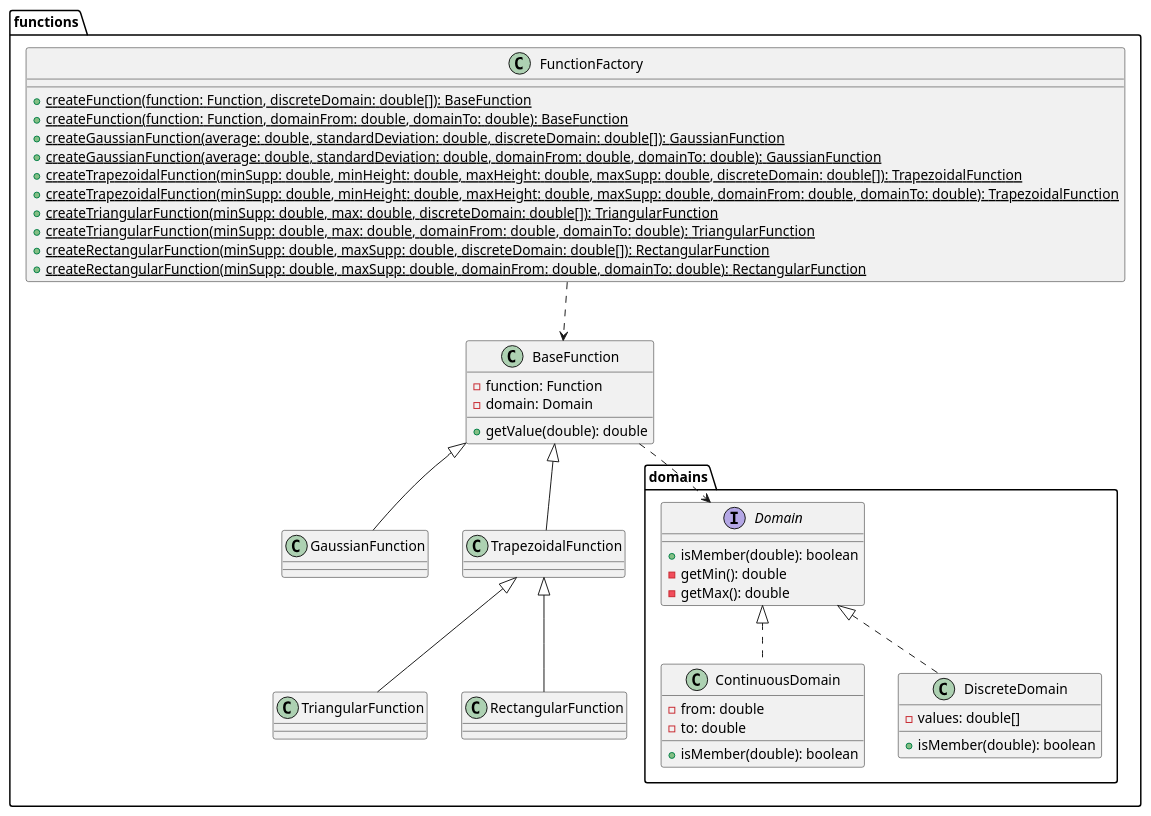
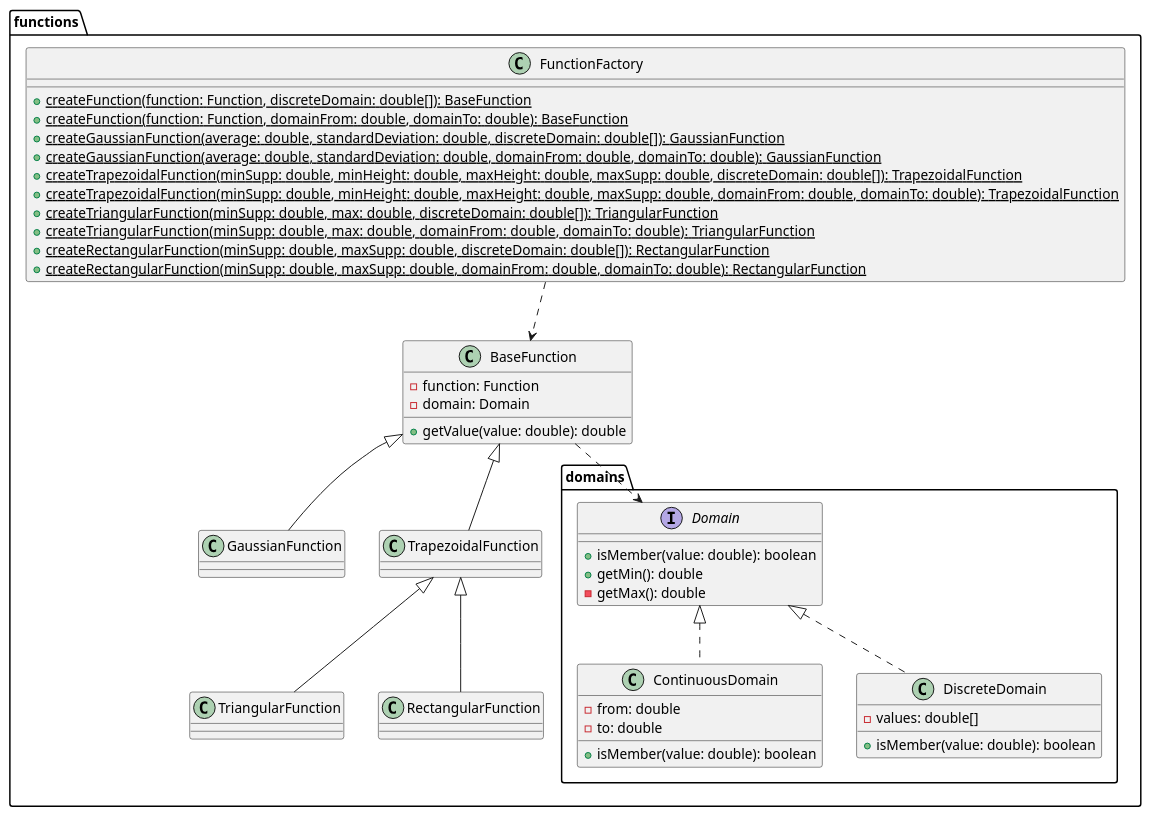
Before and after one commit to kambed/Computer-Recognition-Systems: the third of 6 diagrams in task2/README.md, drawn with PlantUML. The commit also changed other lines of this file, not shown here.

````diff
--- a/task2/README.md
+++ b/task2/README.md
@@ -73,45 +73,45 @@
 ```plantuml
 package functions {
     package domains {
         interface Domain {
-            + isMember(double): boolean
-            - getMin(): double
+            + isMember(value: double): boolean
+            + getMin(): double
             - getMax(): double
         }
         class ContinuousDomain implements Domain {
-            + isMember(double): boolean
+            + isMember(value: double): boolean
             - from: double
             - to: double
         }
         class DiscreteDomain implements Domain {
-            + isMember(double): boolean
+            + isMember(value: double): boolean
             - values: double[]
         }
     }
     class BaseFunction {
         - function: Function
         - domain: Domain
-        + getValue(double): double
+        + getValue(value: double): double
     }
     class GaussianFunction extends BaseFunction
     class TrapezoidalFunction extends BaseFunction
     class TriangularFunction extends TrapezoidalFunction
     class RectangularFunction extends TrapezoidalFunction
     
     BaseFunction ..> Domain
     
     class FunctionFactory {
         + {static} createFunction(function: Function, discreteDomain: double[]): BaseFunction
         + {static} createFunction(function: Function, domainFrom: double, domainTo: double): BaseFunction
         + {static} createGaussianFunction(average: double, standardDeviation: double, discreteDomain: double[]): GaussianFunction
         + {static} createGaussianFunction(average: double, standardDeviation: double, domainFrom: double, domainTo: double): GaussianFunction
         + {static} createTrapezoidalFunction(minSupp: double, minHeight: double, maxHeight: double, maxSupp: double, discreteDomain: double[]): TrapezoidalFunction
         + {static} createTrapezoidalFunction(minSupp: double, minHeight: double, maxHeight: double, maxSupp: double, domainFrom: double, domainTo: double): TrapezoidalFunction
         + {static} createTriangularFunction(minSupp: double,  max: double, discreteDomain: double[]): TriangularFunction
         + {static} createTriangularFunction(minSupp: double,  max: double, domainFrom: double, domainTo: double): TriangularFunction
         + {static} createRectangularFunction(minSupp: double, maxSupp: double, discreteDomain: double[]): RectangularFunction
         + {static} createRectangularFunction(minSupp: double, maxSupp: double, domainFrom: double, domainTo: double): RectangularFunction
     }
     FunctionFactory ..> BaseFunction
 }
 ```
````
